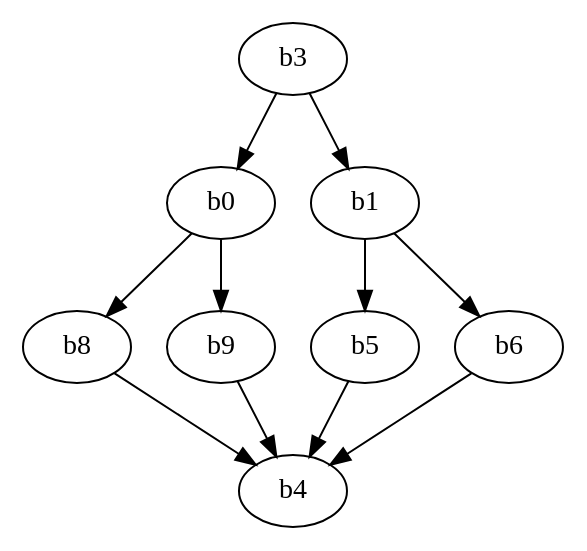
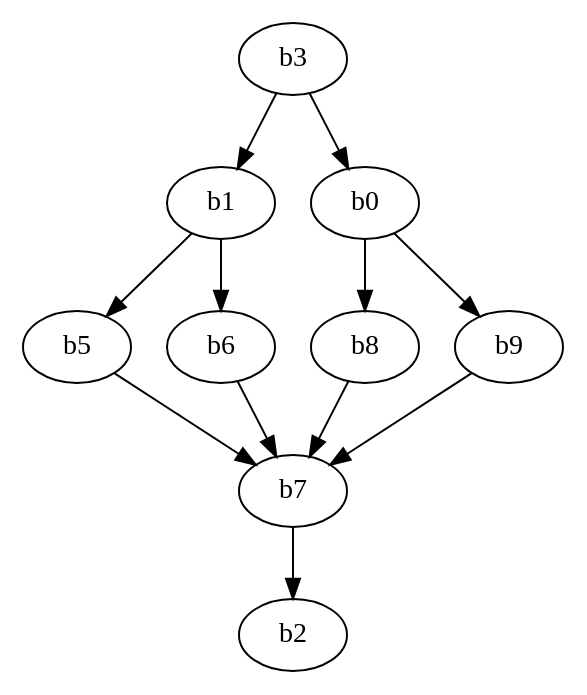
One commit to JoelWAnna/MiniOptimizingCompiler changed the diagram in MiniOptIm3/after.dot. Above: the diagram before and after it, drawn with Graphviz. The commit also changed 7 other files, not shown here.

```diff
--- a/MiniOptIm3/after.dot
+++ b/MiniOptIm3/after.dot
@@ -1,13 +1,14 @@
 digraph MIL {
   b3;
+  b3 -> b1;
+  b1 -> b5;
+  b1 -> b6;
   b3 -> b0;
   b0 -> b8;
   b0 -> b9;
-  b3 -> b1;
-  b1 -> b5;
-  b1 -> b6;
-  b8 -> b4;
-  b9 -> b4;
-  b5 -> b4;
-  b6 -> b4;
+  b5 -> b7;
+  b6 -> b7;
+  b8 -> b7;
+  b9 -> b7;
+  b7 -> b2;
 }
```
